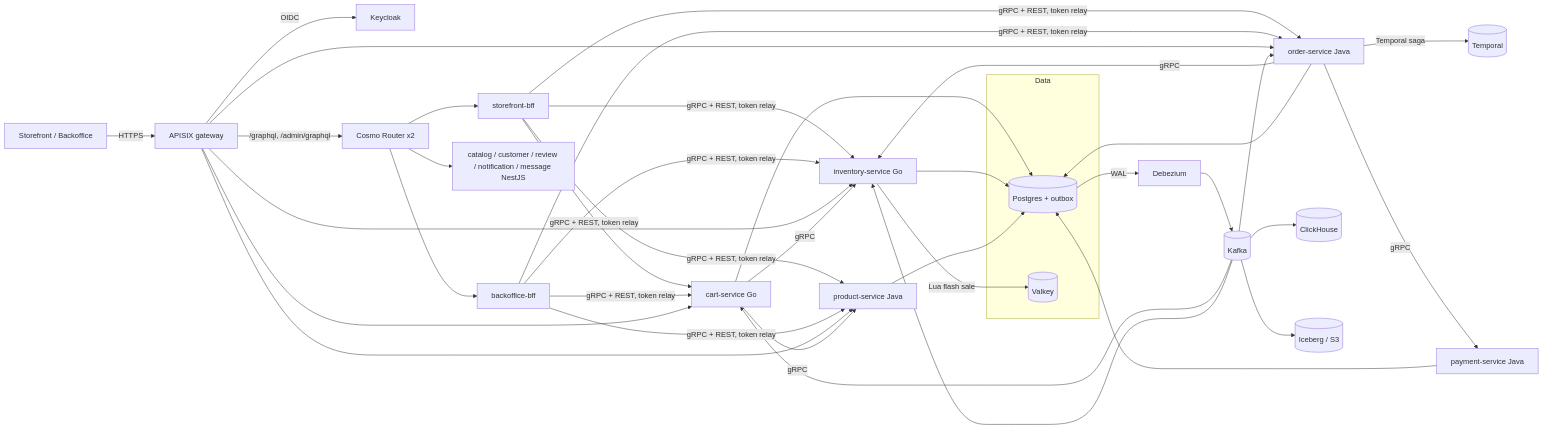
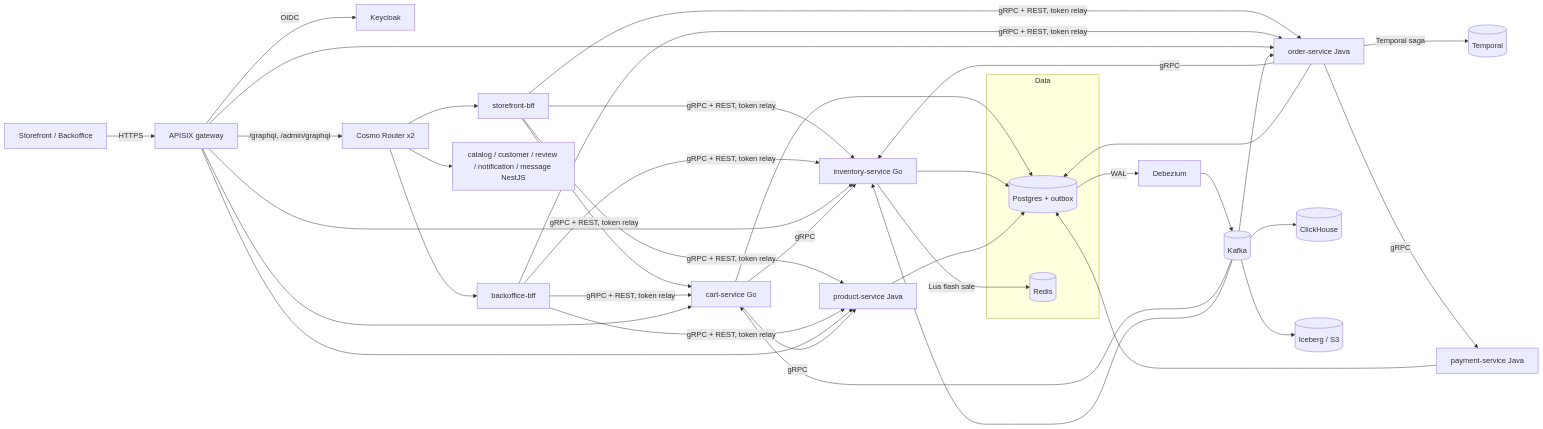
The first of 2 diagrams in backend/app/ecommerce/docs/architecture/overview.md (pdcthanh112/congthanh-app), drawn with Mermaid before and after one commit. The commit also changed other lines of this file and 890 other files, not shown here.

````diff
--- a/backend/app/ecommerce/docs/architecture/overview.md
+++ b/backend/app/ecommerce/docs/architecture/overview.md
@@ -3,24 +3,24 @@
 ```mermaid
 flowchart LR
   web[Storefront / Backoffice] -->|HTTPS| apisix[APISIX gateway]
   apisix -->|OIDC| kc[Keycloak]
   apisix -->|/graphql, /admin/graphql| router[Cosmo Router x2]
   router --> sbff[storefront-bff] & bbff[backoffice-bff]
   router --> nest[catalog / customer / review / notification / message NestJS]
   sbff & bbff -->|gRPC + REST, token relay| cart & inv & order & product
   apisix --> cart[cart-service Go] & inv[inventory-service Go] & order[order-service Java] & product[product-service Java]
   cart -->|gRPC| inv
   cart -->|gRPC| product
   order -->|Temporal saga| temporal[(Temporal)]
   order -->|gRPC| inv
   order -->|gRPC| payment[payment-service Java]
   subgraph data[Data]
     pg[(Postgres + outbox)]
-    valkey[(Valkey)]
+    redis[(Redis)]
   end
   cart & inv & order & product & payment --> pg
-  inv -->|Lua flash sale| valkey
+  inv -->|Lua flash sale| redis
   pg -->|WAL| dbz[Debezium] --> kafka[(Kafka)]
   kafka --> cart & inv & order
   kafka --> ch[(ClickHouse)] & lake[(Iceberg / S3)]
 ```
````
